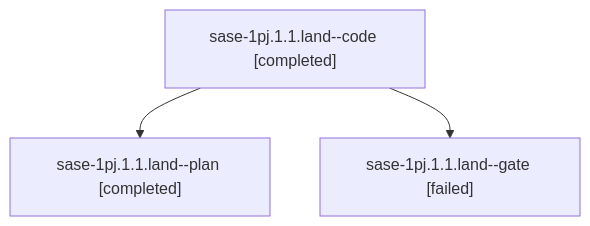
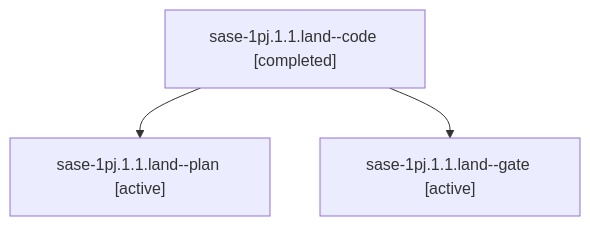
Before and after one commit to sase-org/sase--agents: the diagram in sessions/bbugyi200.athena.sase-1pj.1.1.land.md, drawn with Mermaid. The commit also changed other lines of this file and 110 other files, not shown here.

````diff
--- a/sessions/bbugyi200.athena.sase-1pj.1.1.land.md
+++ b/sessions/bbugyi200.athena.sase-1pj.1.1.land.md
@@ -9,8 +9,8 @@
 ```mermaid
 flowchart TD
   n0["sase-1pj.1.1.land--code [completed]"]
-  n1["sase-1pj.1.1.land--plan [completed]"]
+  n1["sase-1pj.1.1.land--plan [active]"]
   n0 --> n1
-  n2["sase-1pj.1.1.land--gate [failed]"]
+  n2["sase-1pj.1.1.land--gate [active]"]
   n0 --> n2
 ```
````
